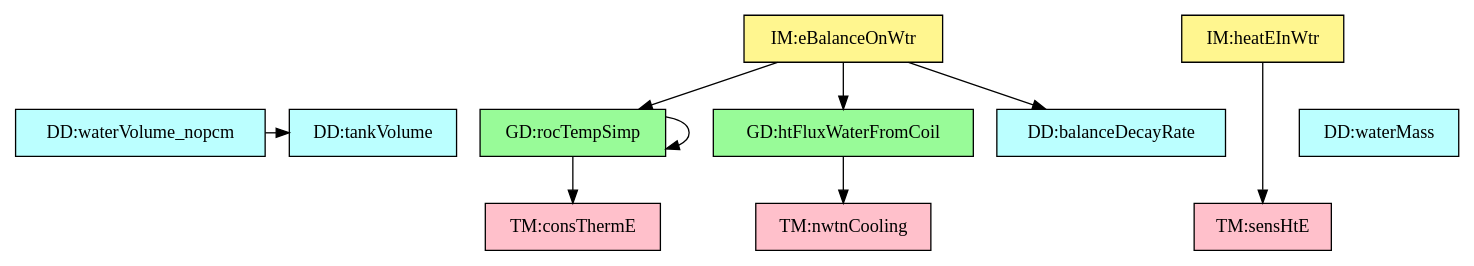
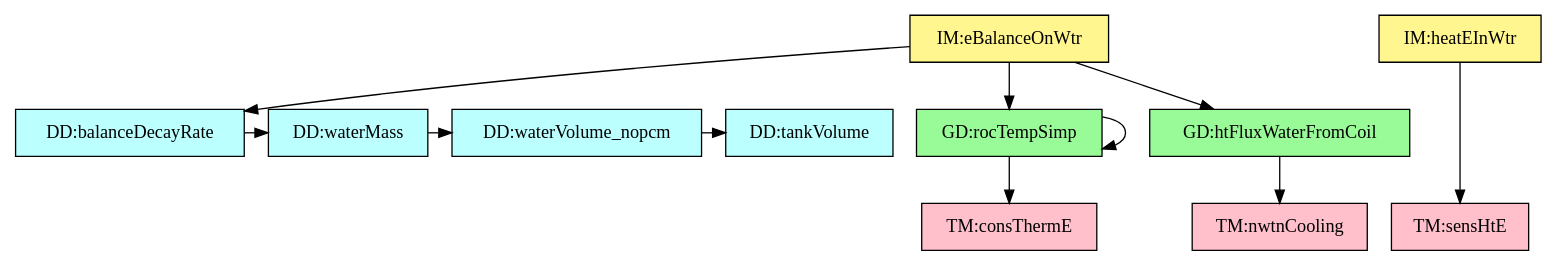
One commit to JacquesCarette/Drasil changed the diagram in code/stable/swhsnopcm/TraceyGraph/refvsref.dot. Above: the diagram before and after it, drawn with Graphviz. The commit also changed 14 other files, not shown here.

```diff
--- a/code/stable/swhsnopcm/TraceyGraph/refvsref.dot
+++ b/code/stable/swhsnopcm/TraceyGraph/refvsref.dot
@@ -1,37 +1,39 @@
 digraph "refvsref" {
+    "dataDefn:wMass" -> "dataDefn:wVol";
     "dataDefn:wVol" -> "dataDefn:tankVol";
+    "dataDefn:tauW" -> "dataDefn:wMass";
     "theory:rocTempSimpRC" -> "theory:consThermECS";
     "theory:rocTempSimpRC" -> "theory:rocTempSimpRC";
     "theory:htFluxC" -> "theory:nwtnCoolingTM";
     "theory:eBalanceOnWtrRC" -> "dataDefn:tauW";
     "theory:eBalanceOnWtrRC" -> "theory:rocTempSimpRC";
     "theory:eBalanceOnWtrRC" -> "theory:htFluxC";
     "theory:heatEInWtrIM" -> "theory:sensHeat";
     "dataDefn:wMass" [shape=box, color=black, style=filled, fillcolor="paleturquoise1", label="DD:waterMass"];
     "dataDefn:wVol" [shape=box, color=black, style=filled, fillcolor="paleturquoise1", label="DD:waterVolume_nopcm"];
     "dataDefn:tankVol" [shape=box, color=black, style=filled, fillcolor="paleturquoise1", label="DD:tankVolume"];
     "dataDefn:tauW" [shape=box, color=black, style=filled, fillcolor="paleturquoise1", label="DD:balanceDecayRate"];
     subgraph "DD" {
         rank="same";
         "dataDefn:wMass" "dataDefn:wVol" "dataDefn:tankVol" "dataDefn:tauW";
     }
     "theory:consThermECS" [shape=box, color=black, style=filled, fillcolor="pink", label="TM:consThermE"];
     "theory:sensHeat" [shape=box, color=black, style=filled, fillcolor="pink", label="TM:sensHtE"];
     "theory:nwtnCoolingTM" [shape=box, color=black, style=filled, fillcolor="pink", label="TM:nwtnCooling"];
     subgraph "TM" {
         rank="same";
         "theory:consThermECS" "theory:sensHeat" "theory:nwtnCoolingTM";
     }
     "theory:rocTempSimpRC" [shape=box, color=black, style=filled, fillcolor="palegreen", label="GD:rocTempSimp"];
     "theory:htFluxC" [shape=box, color=black, style=filled, fillcolor="palegreen", label="GD:htFluxWaterFromCoil"];
     subgraph "GD" {
         rank="same";
         "theory:rocTempSimpRC" "theory:htFluxC";
     }
     "theory:eBalanceOnWtrRC" [shape=box, color=black, style=filled, fillcolor="khaki1", label="IM:eBalanceOnWtr"];
     "theory:heatEInWtrIM" [shape=box, color=black, style=filled, fillcolor="khaki1", label="IM:heatEInWtr"];
     subgraph "IM" {
         rank="same";
         "theory:eBalanceOnWtrRC" "theory:heatEInWtrIM";
     }
 }
```
